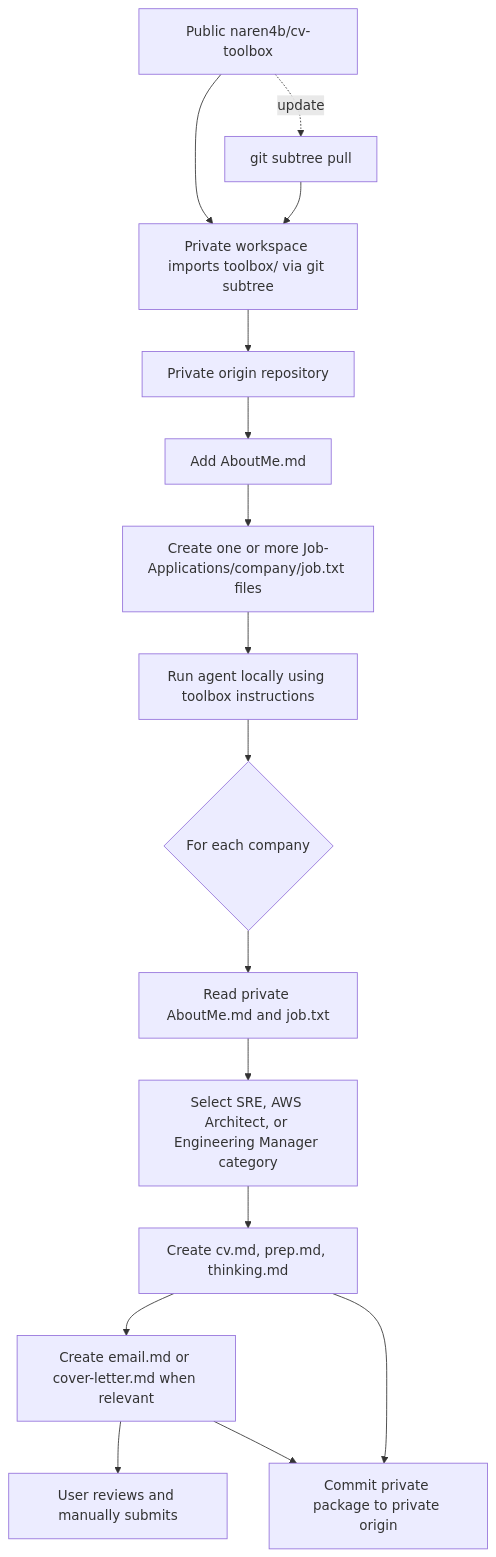
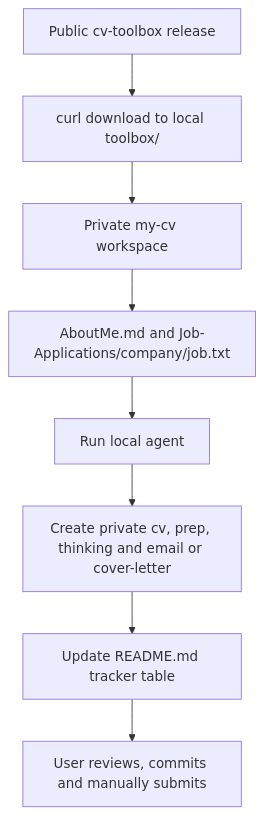
One commit to naren4b/cv-toolbox changed the diagram in Architecture.md. Above: the diagram before and after it, drawn with Mermaid. The commit also changed other lines of this file and 3 other files, not shown here.

Commit message:
Use release downloads for private toolbox

````diff
--- a/Architecture.md
+++ b/Architecture.md
@@ -9,18 +7,10 @@
 ```mermaid
 flowchart TD
-    A[Public naren4b/cv-toolbox] --> B[Private workspace imports toolbox/ via git subtree]
-    B --> C[Private origin repository]
-    C --> D[Add AboutMe.md]
-    D --> E[Create one or more Job-Applications/company/job.txt files]
-    E --> F[Run agent locally using toolbox instructions]
-    F --> G{For each company}
-    G --> H[Read private AboutMe.md and job.txt]
-    H --> I[Select SRE, AWS Architect, or Engineering Manager category]
-    I --> J[Create cv.md, prep.md, thinking.md]
-    J --> K[Create email.md or cover-letter.md when relevant]
-    K --> L[User reviews and manually submits]
-    J --> M[Commit private package to private origin]
-    K --> M
-    A -. update .-> N[git subtree pull]
-    N --> B
+    A[Public cv-toolbox release] --> B[curl download to local toolbox/]
+    B --> C[Private my-cv workspace]
+    C --> D[AboutMe.md and Job-Applications/company/job.txt]
+    D --> E[Run local agent]
+    E --> F[Create private cv, prep, thinking and email or cover-letter]
+    F --> G[Update README.md tracker table]
+    G --> H[User reviews, commits and manually submits]
 ```
````
